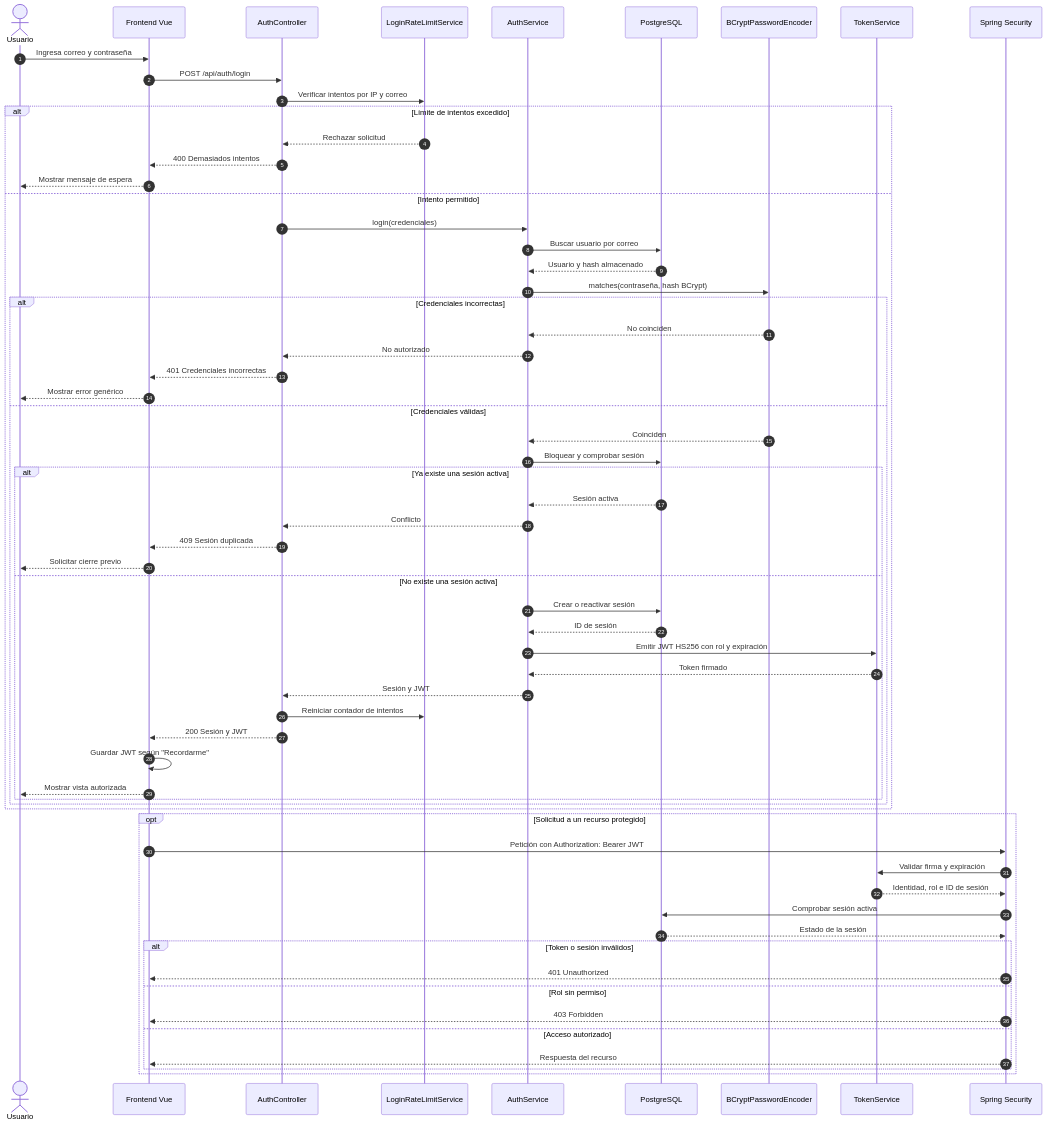
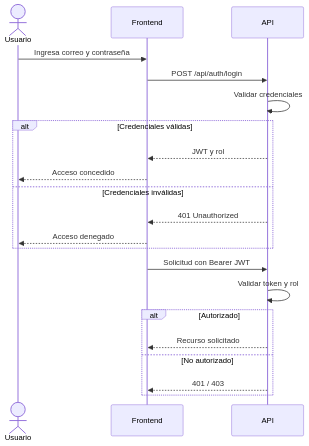
The third of 3 diagrams in README.md (brigitterodriguezp/movs-app), drawn with Mermaid before and after one commit.

Commit message:
docs(security): simplificar secuencia de autenticacion

````diff
--- a/README.md
+++ b/README.md
@@ -295,71 +295,25 @@
 ```mermaid
 sequenceDiagram
-  autonumber
   actor U as Usuario
-  participant F as Frontend Vue
-  participant C as AuthController
-  participant L as LoginRateLimitService
-  participant A as AuthService
-  participant DB as PostgreSQL
-  participant B as BCryptPasswordEncoder
-  participant T as TokenService
-  participant S as Spring Security
+  participant F as Frontend
+  participant API as API
 
   U->>F: Ingresa correo y contraseña
-  F->>C: POST /api/auth/login
-  C->>L: Verificar intentos por IP y correo
-
-  alt Límite de intentos excedido
-    L-->>C: Rechazar solicitud
-    C-->>F: 400 Demasiados intentos
-    F-->>U: Mostrar mensaje de espera
-  else Intento permitido
-    C->>A: login(credenciales)
-    A->>DB: Buscar usuario por correo
-    DB-->>A: Usuario y hash almacenado
-    A->>B: matches(contraseña, hash BCrypt)
-
-    alt Credenciales incorrectas
-      B-->>A: No coinciden
-      A-->>C: No autorizado
-      C-->>F: 401 Credenciales incorrectas
-      F-->>U: Mostrar error genérico
-    else Credenciales válidas
-      B-->>A: Coinciden
-      A->>DB: Bloquear y comprobar sesión
-
-      alt Ya existe una sesión activa
-        DB-->>A: Sesión activa
-        A-->>C: Conflicto
-        C-->>F: 409 Sesión duplicada
-        F-->>U: Solicitar cierre previo
-      else No existe una sesión activa
-        A->>DB: Crear o reactivar sesión
-        DB-->>A: ID de sesión
-        A->>T: Emitir JWT HS256 con rol y expiración
-        T-->>A: Token firmado
-        A-->>C: Sesión y JWT
-        C->>L: Reiniciar contador de intentos
-        C-->>F: 200 Sesión y JWT
-        F->>F: Guardar JWT según "Recordarme"
-        F-->>U: Mostrar vista autorizada
-      end
-    end
+  F->>API: POST /api/auth/login
+  API->>API: Validar credenciales
+  alt Credenciales válidas
+    API-->>F: JWT y rol
+    F-->>U: Acceso concedido
+  else Credenciales inválidas
+    API-->>F: 401 Unauthorized
+    F-->>U: Acceso denegado
   end
 
-  opt Solicitud a un recurso protegido
-    F->>S: Petición con Authorization: Bearer JWT
-    S->>T: Validar firma y expiración
-    T-->>S: Identidad, rol e ID de sesión
-    S->>DB: Comprobar sesión activa
-    DB-->>S: Estado de la sesión
-
-    alt Token o sesión inválidos
-      S-->>F: 401 Unauthorized
-    else Rol sin permiso
-      S-->>F: 403 Forbidden
-    else Acceso autorizado
-      S-->>F: Respuesta del recurso
-    end
+  F->>API: Solicitud con Bearer JWT
+  API->>API: Validar token y rol
+  alt Autorizado
+    API-->>F: Recurso solicitado
+  else No autorizado
+    API-->>F: 401 / 403
   end
 ```
````
